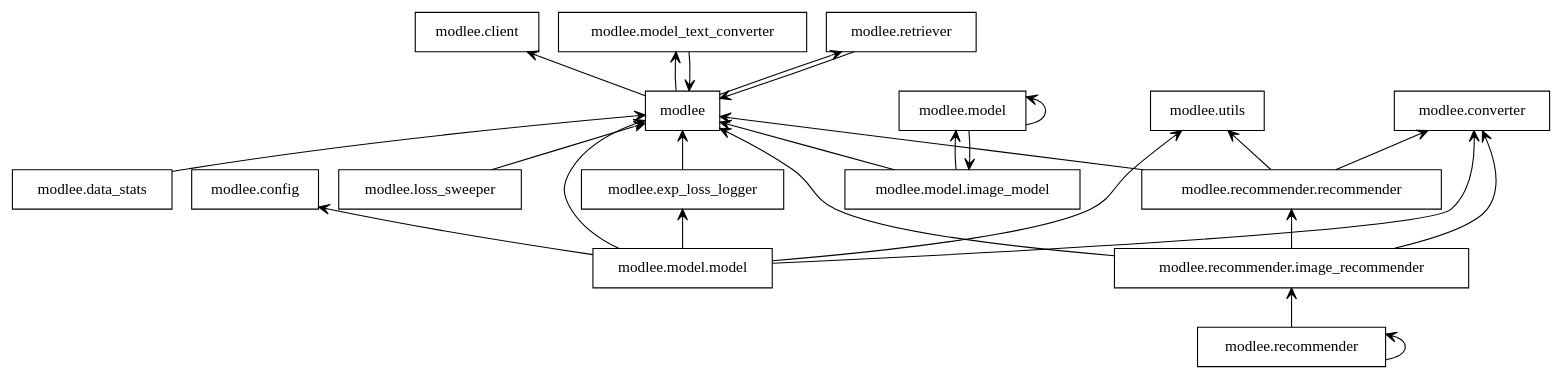
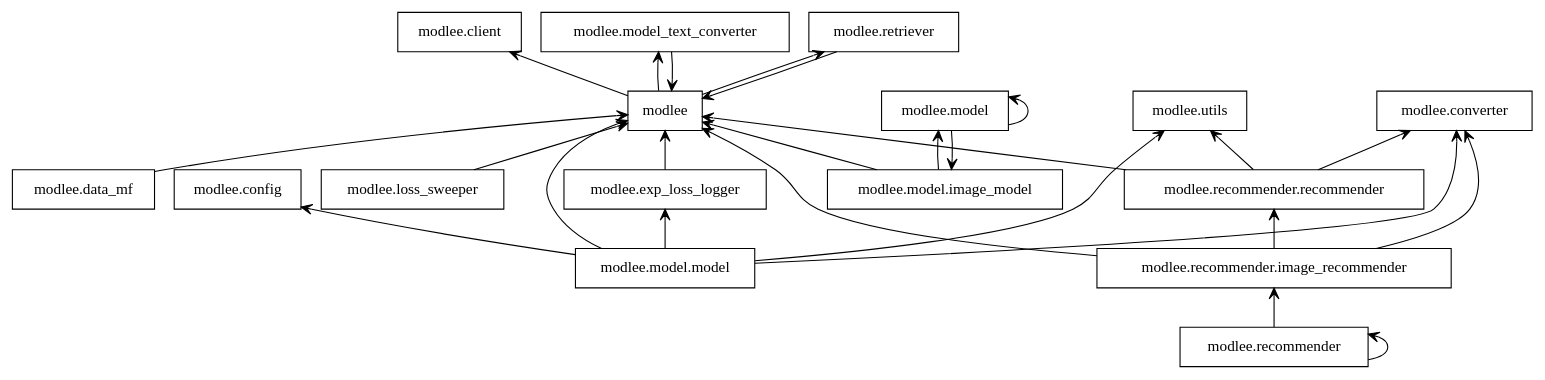
Before and after one commit to modlee-ai/modlee: the diagram in packages.dot, drawn with Graphviz. The commit also changed 39 other files, not shown here.

```diff
--- a/packages.dot
+++ b/packages.dot
@@ -1,45 +1,45 @@
 digraph "packages" {
 rankdir=BT
 charset="utf-8"
 "modlee" [color="black", label=<modlee>, shape="box", style="solid"];
 "modlee.client" [color="black", label=<modlee.client>, shape="box", style="solid"];
 "modlee.config" [color="black", label=<modlee.config>, shape="box", style="solid"];
 "modlee.converter" [color="black", label=<modlee.converter>, shape="box", style="solid"];
-"modlee.data_stats" [color="black", label=<modlee.data_stats>, shape="box", style="solid"];
+"modlee.data_mf" [color="black", label=<modlee.data_mf>, shape="box", style="solid"];
 "modlee.exp_loss_logger" [color="black", label=<modlee.exp_loss_logger>, shape="box", style="solid"];
 "modlee.loss_sweeper" [color="black", label=<modlee.loss_sweeper>, shape="box", style="solid"];
 "modlee.model" [color="black", label=<modlee.model>, shape="box", style="solid"];
 "modlee.model.image_model" [color="black", label=<modlee.model.image_model>, shape="box", style="solid"];
 "modlee.model.model" [color="black", label=<modlee.model.model>, shape="box", style="solid"];
 "modlee.model_text_converter" [color="black", label=<modlee.model_text_converter>, shape="box", style="solid"];
 "modlee.recommender" [color="black", label=<modlee.recommender>, shape="box", style="solid"];
 "modlee.recommender.image_recommender" [color="black", label=<modlee.recommender.image_recommender>, shape="box", style="solid"];
 "modlee.recommender.recommender" [color="black", label=<modlee.recommender.recommender>, shape="box", style="solid"];
 "modlee.retriever" [color="black", label=<modlee.retriever>, shape="box", style="solid"];
 "modlee.utils" [color="black", label=<modlee.utils>, shape="box", style="solid"];
 "modlee" -> "modlee.client" [arrowhead="open", arrowtail="none"];
 "modlee" -> "modlee.model_text_converter" [arrowhead="open", arrowtail="none"];
 "modlee" -> "modlee.retriever" [arrowhead="open", arrowtail="none"];
-"modlee.data_stats" -> "modlee" [arrowhead="open", arrowtail="none"];
+"modlee.data_mf" -> "modlee" [arrowhead="open", arrowtail="none"];
 "modlee.exp_loss_logger" -> "modlee" [arrowhead="open", arrowtail="none"];
 "modlee.loss_sweeper" -> "modlee" [arrowhead="open", arrowtail="none"];
 "modlee.model" -> "modlee.model" [arrowhead="open", arrowtail="none"];
 "modlee.model" -> "modlee.model.image_model" [arrowhead="open", arrowtail="none"];
 "modlee.model.image_model" -> "modlee" [arrowhead="open", arrowtail="none"];
 "modlee.model.image_model" -> "modlee.model" [arrowhead="open", arrowtail="none"];
 "modlee.model.model" -> "modlee" [arrowhead="open", arrowtail="none"];
 "modlee.model.model" -> "modlee.config" [arrowhead="open", arrowtail="none"];
 "modlee.model.model" -> "modlee.converter" [arrowhead="open", arrowtail="none"];
 "modlee.model.model" -> "modlee.exp_loss_logger" [arrowhead="open", arrowtail="none"];
 "modlee.model.model" -> "modlee.utils" [arrowhead="open", arrowtail="none"];
 "modlee.model_text_converter" -> "modlee" [arrowhead="open", arrowtail="none"];
 "modlee.recommender" -> "modlee.recommender" [arrowhead="open", arrowtail="none"];
 "modlee.recommender" -> "modlee.recommender.image_recommender" [arrowhead="open", arrowtail="none"];
 "modlee.recommender.image_recommender" -> "modlee" [arrowhead="open", arrowtail="none"];
 "modlee.recommender.image_recommender" -> "modlee.converter" [arrowhead="open", arrowtail="none"];
 "modlee.recommender.image_recommender" -> "modlee.recommender.recommender" [arrowhead="open", arrowtail="none"];
 "modlee.recommender.recommender" -> "modlee" [arrowhead="open", arrowtail="none"];
 "modlee.recommender.recommender" -> "modlee.converter" [arrowhead="open", arrowtail="none"];
 "modlee.recommender.recommender" -> "modlee.utils" [arrowhead="open", arrowtail="none"];
 "modlee.retriever" -> "modlee" [arrowhead="open", arrowtail="none"];
 }
```
